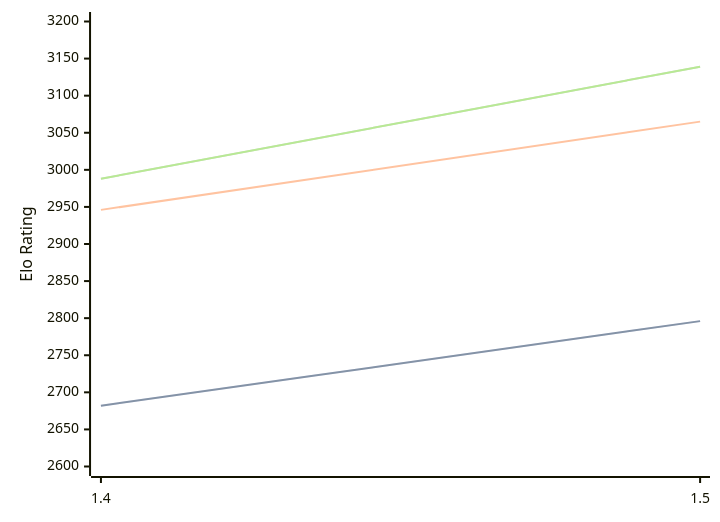
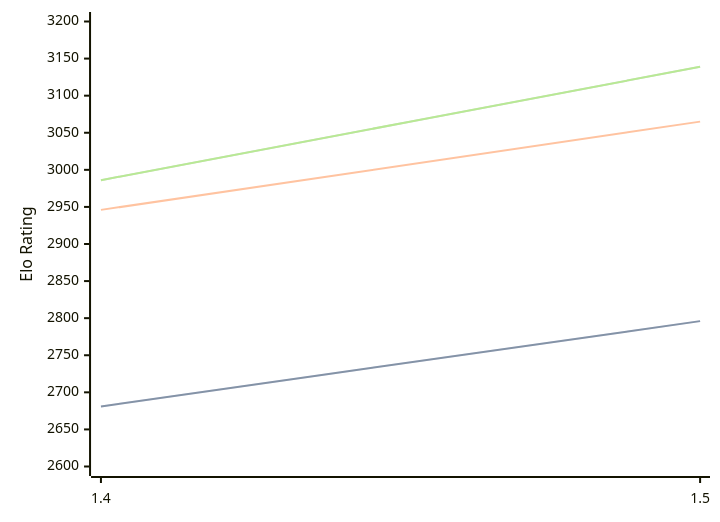
One commit to computer-chess-index/cci changed the diagram in engines/Yakka.md. Above: the diagram before and after it, drawn with Mermaid. The commit also changed other lines of this file, not shown here.

Commit message:
Update CCI Ratings (ELO VLTC) - 2026-04-07

````diff
--- a/engines/Yakka.md
+++ b/engines/Yakka.md
@@ -36,11 +36,11 @@
 ```mermaid
 %%{init: {"theme":"base","themeVariables":{"seriesColors:['#a3a3a3','#222221','#faa371']}}}%%
 xychart-beta
   x-axis ["1.4", "1.5"]
   y-axis "Elo Rating" 2600 --> 3200
-  line "STC (8.0+0.08s)" [2682, 2796]
-  line "STC (8.0+0.08s)" [2682, 2796]
+  line "STC (8.0+0.08s)" [2681, 2796]
+  line "STC (8.0+0.08s)" [2681, 2796]
   line "LTC (60.0+0.60s)" [2946, 3065]
-  line "VLTC (2m24s+1.12s)" [2988, 3139]
-  line "VLTC (2m24s+1.12s)" [2988, 3139]
+  line "VLTC (2m24s+1.12s)" [2986, 3139]
+  line "VLTC (2m24s+1.12s)" [2986, 3139]
 ```
````
